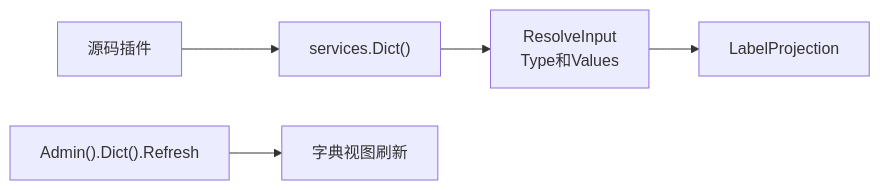
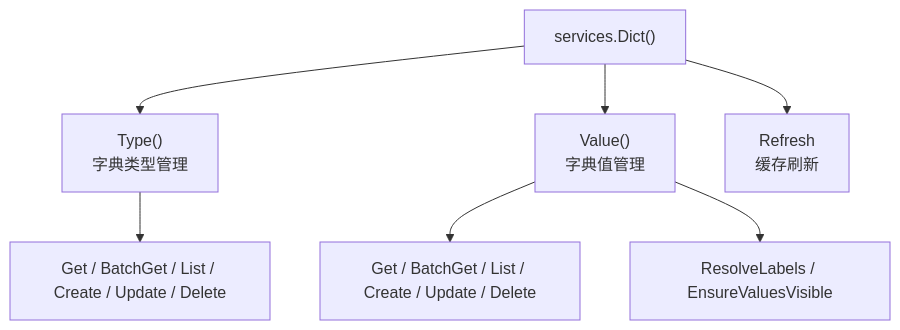
Before and after one commit to linaproai/linapro-site: the diagram in apps/lina-site/docs/docs/3000-domain-capabilities/7000-dict.md, drawn with Mermaid. The commit also changed other lines of this file and 31 other files, not shown here.

````diff
--- a/apps/lina-site/docs/docs/3000-domain-capabilities/7000-dict.md
+++ b/apps/lina-site/docs/docs/3000-domain-capabilities/7000-dict.md
@@ -49,7 +38,9 @@
 ```mermaid
-graph LR
-    Plugin["源码插件"] --> Dict["services.Dict()"]
-    Dict --> Input["ResolveInput<br/>Type和Values"]
-    Input --> Projection["LabelProjection"]
-    Admin["Admin().Dict().Refresh"] --> Cache["字典视图刷新"]
+graph TB
+    Dict["services.Dict()"] --> Type["Type()<br/>字典类型管理"]
+    Dict --> Value["Value()<br/>字典值管理"]
+    Dict --> Refresh["Refresh<br/>缓存刷新"]
+    Type --> TypeCRUD["Get / BatchGet / List / Create / Update / Delete"]
+    Value --> ValueCRUD["Get / BatchGet / List / Create / Update / Delete"]
+    Value --> Labels["ResolveLabels / EnsureValuesVisible"]
 ```
````
